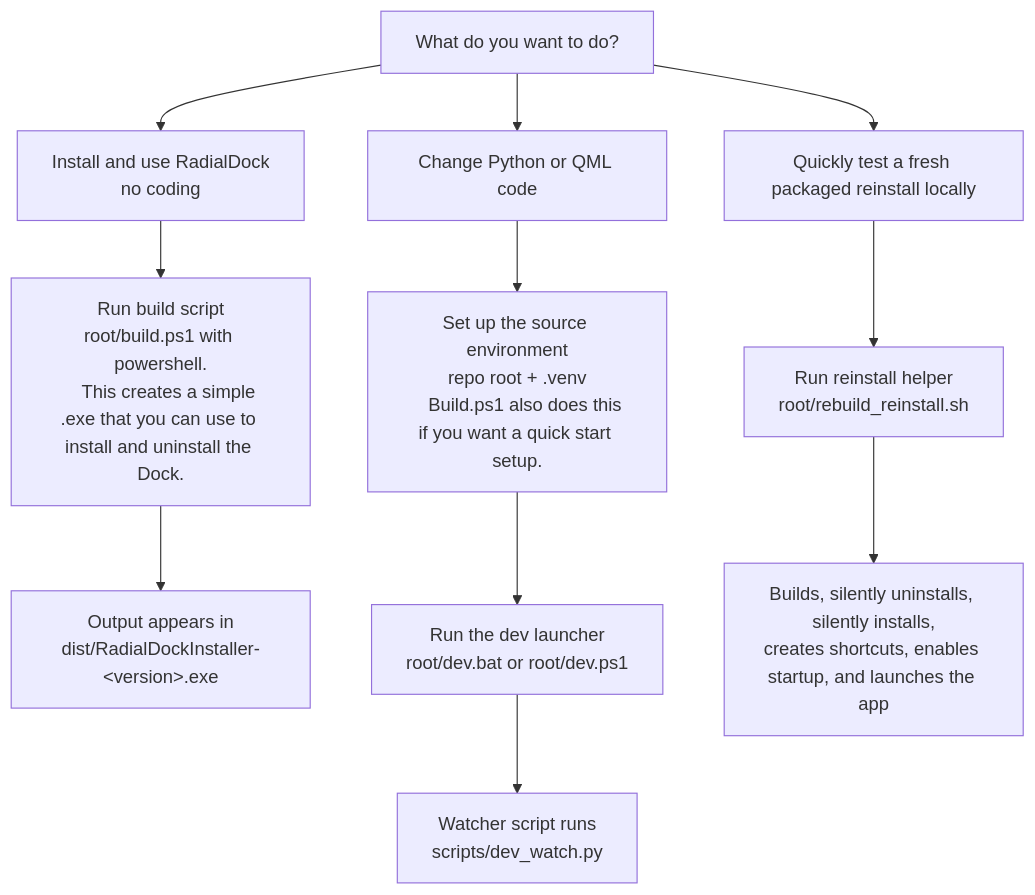
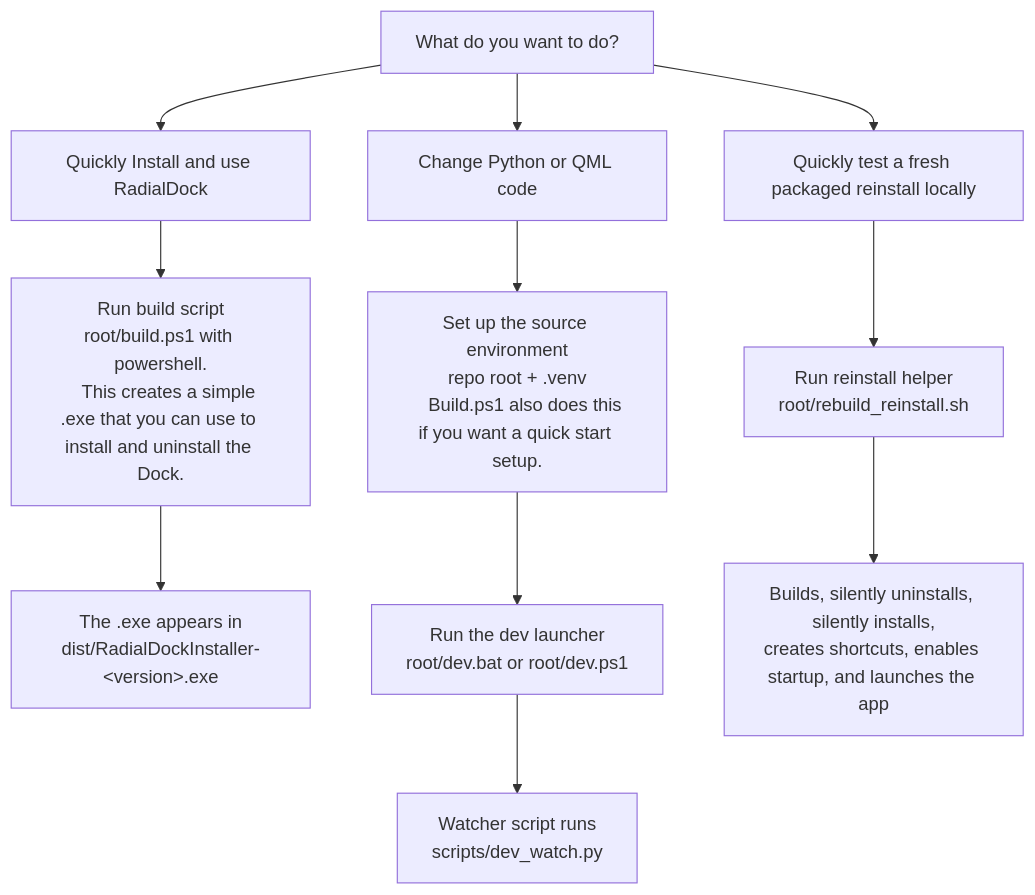
One commit to Wwp2/RadialDock changed the diagram in README.md. Above: the diagram before and after it, drawn with Mermaid.

Commit message:
doc: small read me change.

````diff
--- a/README.md
+++ b/README.md
@@ -15,19 +15,19 @@
 ```mermaid
 flowchart TD
     A["What do you want to do?"]
 
-    A --> B["Install and use RadialDock<br/>no coding"]
+    A --> B["Quickly Install and use RadialDock"]
     B --> J["Run build script<br/>root/build.ps1 with powershell.
     This creates a simple .exe that you can use to install and uninstall the Dock."]
-    J --> K["Output appears in<br/>dist/RadialDockInstaller-&lt;version&gt;.exe"]
+    J --> K["The .exe appears in<br/>dist/RadialDockInstaller-&lt;version&gt;.exe"]
 
     A --> E["Change Python or QML code"]
     E --> F["Set up the source environment<br/>repo root + .venv
     Build.ps1 also does this if you want a quick start setup."]
     F --> G["Run the dev launcher<br/>root/dev.bat or root/dev.ps1"]
     G --> H["Watcher script runs<br/>scripts/dev_watch.py"]
 
     A --> L["Quickly test a fresh packaged reinstall locally"]
     L --> M["Run reinstall helper<br/>root/rebuild_reinstall.sh"]
     M --> N["Builds, silently uninstalls, silently installs,<br/>creates shortcuts, enables startup, and launches the app"]
 ```
````
